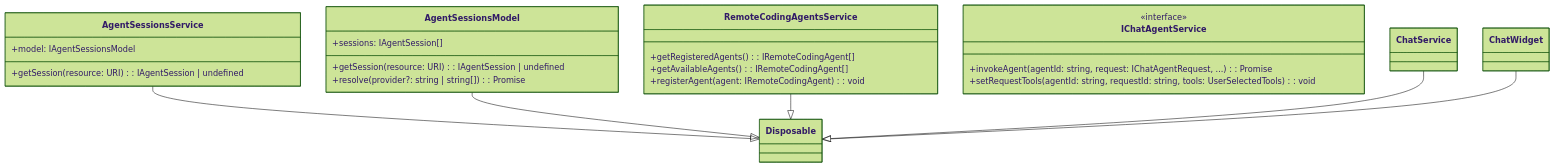
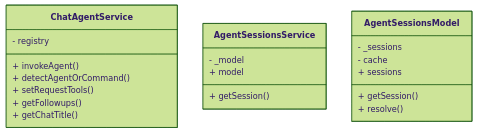
Before and after one commit to tamuratak/vscode: the second of 4 diagrams in living_doc/agentbackground.md, drawn with Mermaid (forest theme). The commit also changed other lines of this file, not shown here.

Commit message:
Refactor agent background documentation to clarify tool selection flow and background session management, and add Mermaid diagrams for visualization

````diff
--- a/living_doc/agentbackground.md
+++ b/living_doc/agentbackground.md
@@ -60,29 +62,23 @@
 ```mermaid
 classDiagram
+class ChatAgentService {
+	- registry
+	+ invokeAgent()
+	+ detectAgentOrCommand()
+	+ setRequestTools()
+	+ getFollowups()
+	+ getChatTitle()
+}
 class AgentSessionsService {
-	+model: IAgentSessionsModel
-	+getSession(resource: URI): IAgentSession | undefined
+	- _model
+	+ model
+	+ getSession()
 }
 class AgentSessionsModel {
-	+sessions: IAgentSession[]
-	+getSession(resource: URI): IAgentSession | undefined
-	+resolve(provider?: string | string[]): Promise<void>
+	- _sessions
+	- cache
+	+ sessions
+	+ getSession()
+	+ resolve()
 }
-class RemoteCodingAgentsService {
-	+getRegisteredAgents(): IRemoteCodingAgent[]
-	+getAvailableAgents(): IRemoteCodingAgent[]
-	+registerAgent(agent: IRemoteCodingAgent): void
-}
-class IChatAgentService {
-	<<interface>>
-	+invokeAgent(agentId: string, request: IChatAgentRequest, ...): Promise<IChatAgentResult>
-	+setRequestTools(agentId: string, requestId: string, tools: UserSelectedTools): void
-}
-class Disposable
-
-AgentSessionsService --|> Disposable
-AgentSessionsModel --|> Disposable
-RemoteCodingAgentsService --|> Disposable
-ChatService --|> Disposable
-ChatWidget --|> Disposable
 ```
````
